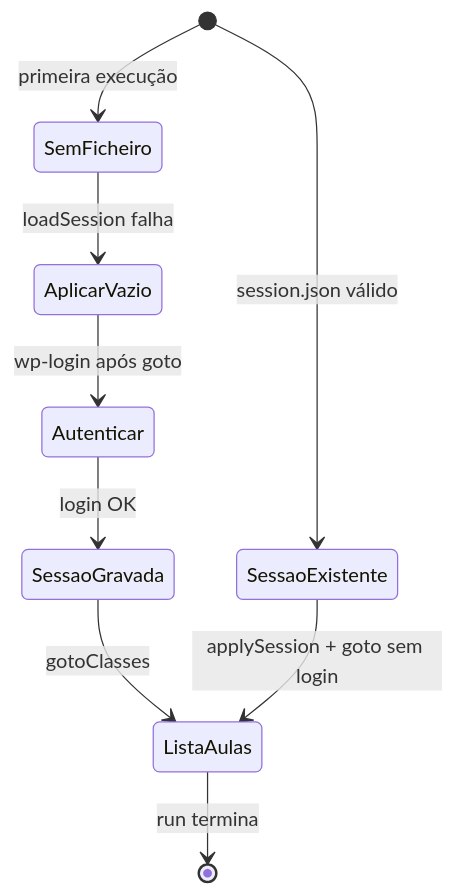
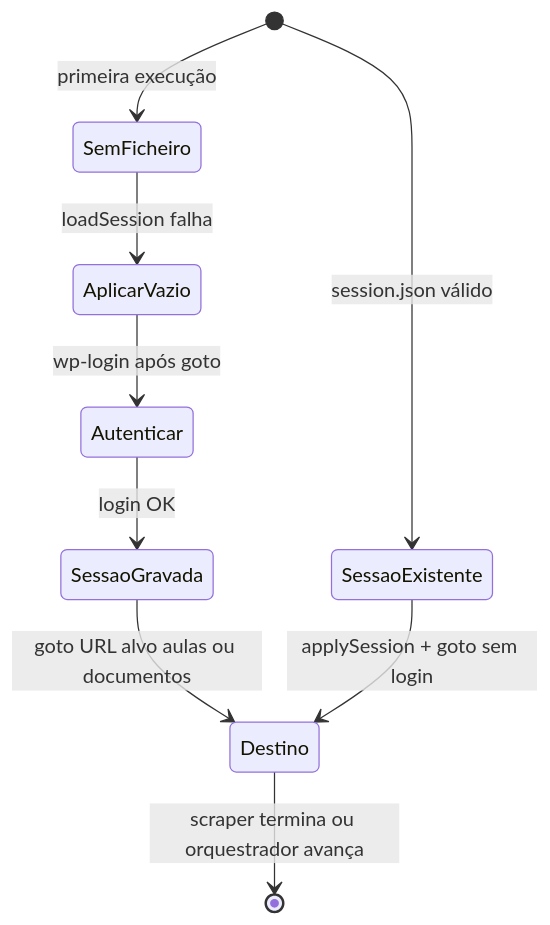
Before and after one commit to GaabDevWeb/STRIPPERscrapper: the third of 3 diagrams in documentation.md, drawn with Mermaid. The commit also changed other lines of this file and 9 other files, not shown here.

Commit message:
Refactor project structure by migrating code to `src/` directory, updating `main.js` as the entry point, and removing obsolete files. Enhance documentation in `documentation.md` to reflect new architecture and scraper modules. Update `package.json` scripts for improved command usage.

````diff
--- a/documentation.md
+++ b/documentation.md
@@ -209,11 +276,11 @@
 ```mermaid
 stateDiagram-v2
   [*] --> SemFicheiro: primeira execução
   SemFicheiro --> AplicarVazio: loadSession falha
   AplicarVazio --> Autenticar: wp-login após goto
   Autenticar --> SessaoGravada: login OK
-  SessaoGravada --> ListaAulas: gotoClasses
+  SessaoGravada --> Destino: goto URL alvo aulas ou documentos
   [*] --> SessaoExistente: session.json válido
-  SessaoExistente --> ListaAulas: applySession + goto sem login
-  ListaAulas --> [*]: run termina
+  SessaoExistente --> Destino: applySession + goto sem login
+  Destino --> [*]: scraper termina ou orquestrador avança
 ```
````
